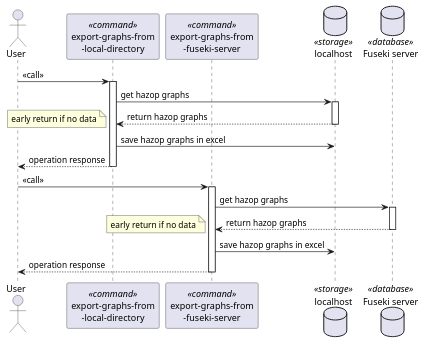
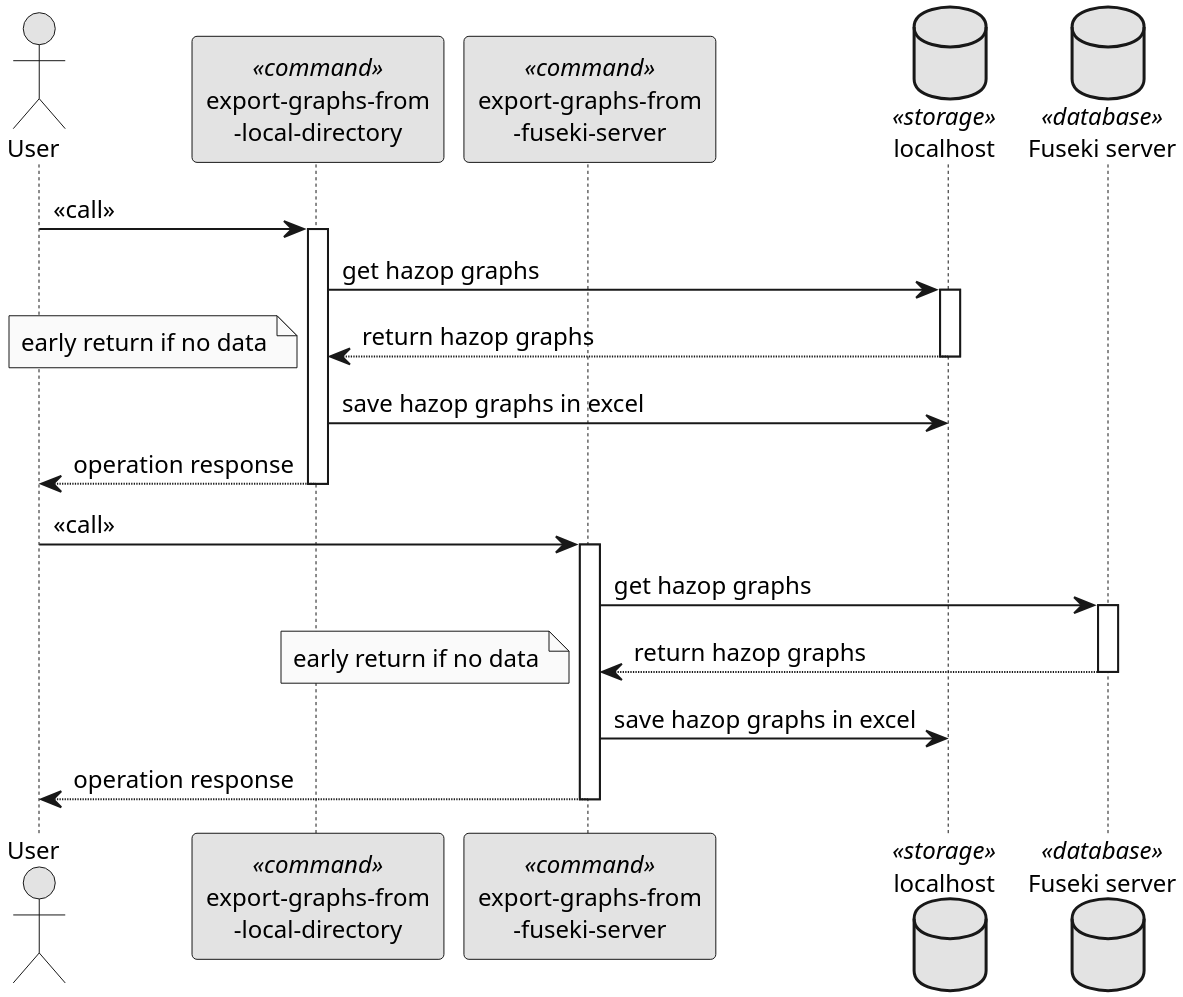
Before and after one commit to dmytkost/HAZOP2RDF: the diagram in docs/plantuml/sequence_exporter.puml, drawn with PlantUML. The commit also changed 18 other files, not shown here.

```diff
--- a/docs/plantuml/sequence_exporter.puml
+++ b/docs/plantuml/sequence_exporter.puml
@@ -1,37 +1,41 @@
 @startuml
+skinparam monochrome true
+skinparam dpi 300
+skinparam defaultFontSize 12
+
 actor User
 
 participant "export-graphs-from\n-local-directory" as ExportFromStorage << command >>
 participant "export-graphs-from\n-fuseki-server" as ExportFromFuseki << command >>
 
 database "localhost" as Localhost << storage >>
 database "Fuseki server" as Fuseki << database >>
 
 User -> ExportFromStorage: << call >>
 activate ExportFromStorage
 
 ExportFromStorage -> Localhost: get hazop graphs
 activate Localhost
 
 Localhost --> ExportFromStorage: return hazop graphs
 note left: early return if no data
 deactivate Localhost
 
 ExportFromStorage -> Localhost: save hazop graphs in excel
 ExportFromStorage --> User: operation response
 deactivate ExportFromStorage
 
 User -> ExportFromFuseki: << call >>
 activate ExportFromFuseki
 
 ExportFromFuseki -> Fuseki: get hazop graphs
 activate Fuseki
 
 Fuseki --> ExportFromFuseki: return hazop graphs
 note left: early return if no data
 deactivate Fuseki
 
 ExportFromFuseki -> Localhost: save hazop graphs in excel
 ExportFromFuseki --> User: operation response
 deactivate ExportFromFuseki
 @enduml
```
